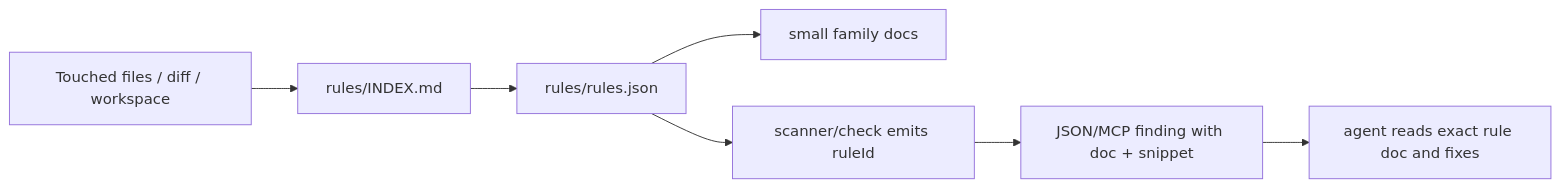
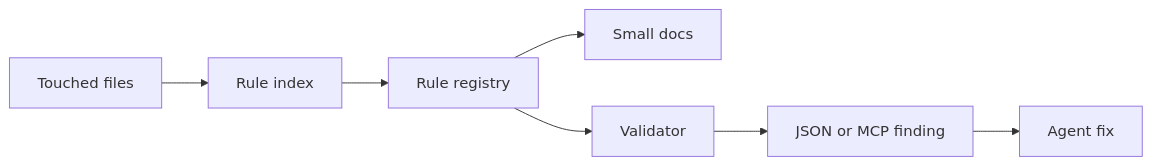
Before and after one commit to ocentra/ocentra-enforcer: the diagram in docs/RULE_ENFORCEMENT.md, drawn with Mermaid. The commit also changed 33 other files, not shown here.

````diff
--- a/docs/RULE_ENFORCEMENT.md
+++ b/docs/RULE_ENFORCEMENT.md
@@ -8,9 +8,16 @@
 ```mermaid
 flowchart LR
-  Files["Touched files / diff / workspace"] --> Index["rules/INDEX.md"]
-  Index --> Registry["rules/rules.json"]
-  Registry --> Docs["small family docs"]
-  Registry --> Validator["scanner/check emits ruleId"]
-  Validator --> Report["JSON/MCP finding with doc + snippet"]
-  Report --> Agent["agent reads exact rule doc and fixes"]
+  A["Touched files"]
+  B["Rule index"]
+  C["Rule registry"]
+  D["Small docs"]
+  E["Validator"]
+  F["JSON or MCP finding"]
+  G["Agent fix"]
+  A --> B
+  B --> C
+  C --> D
+  C --> E
+  E --> F
+  F --> G
 ```
````
